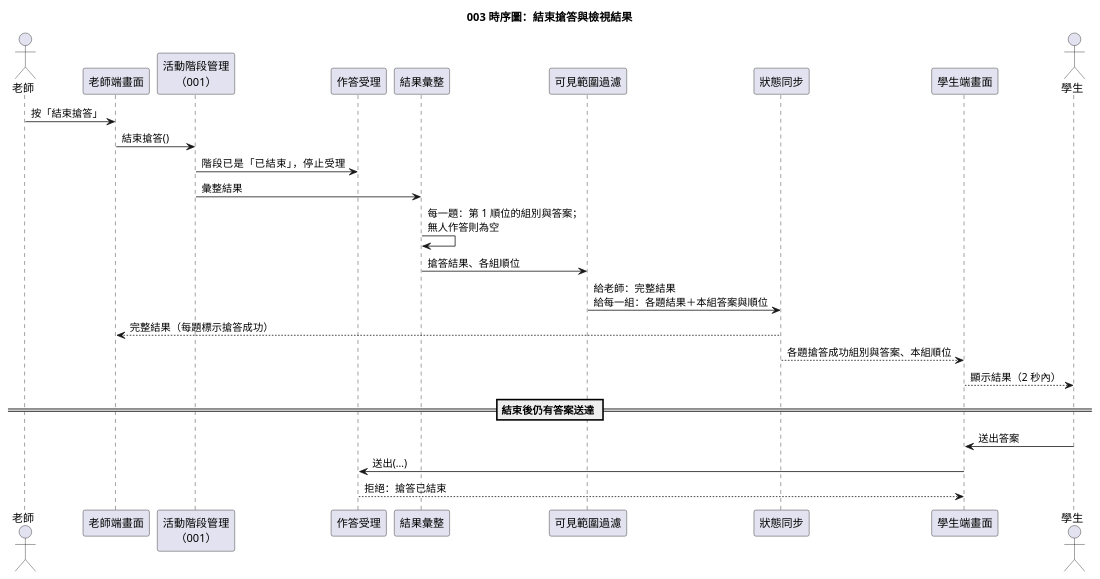
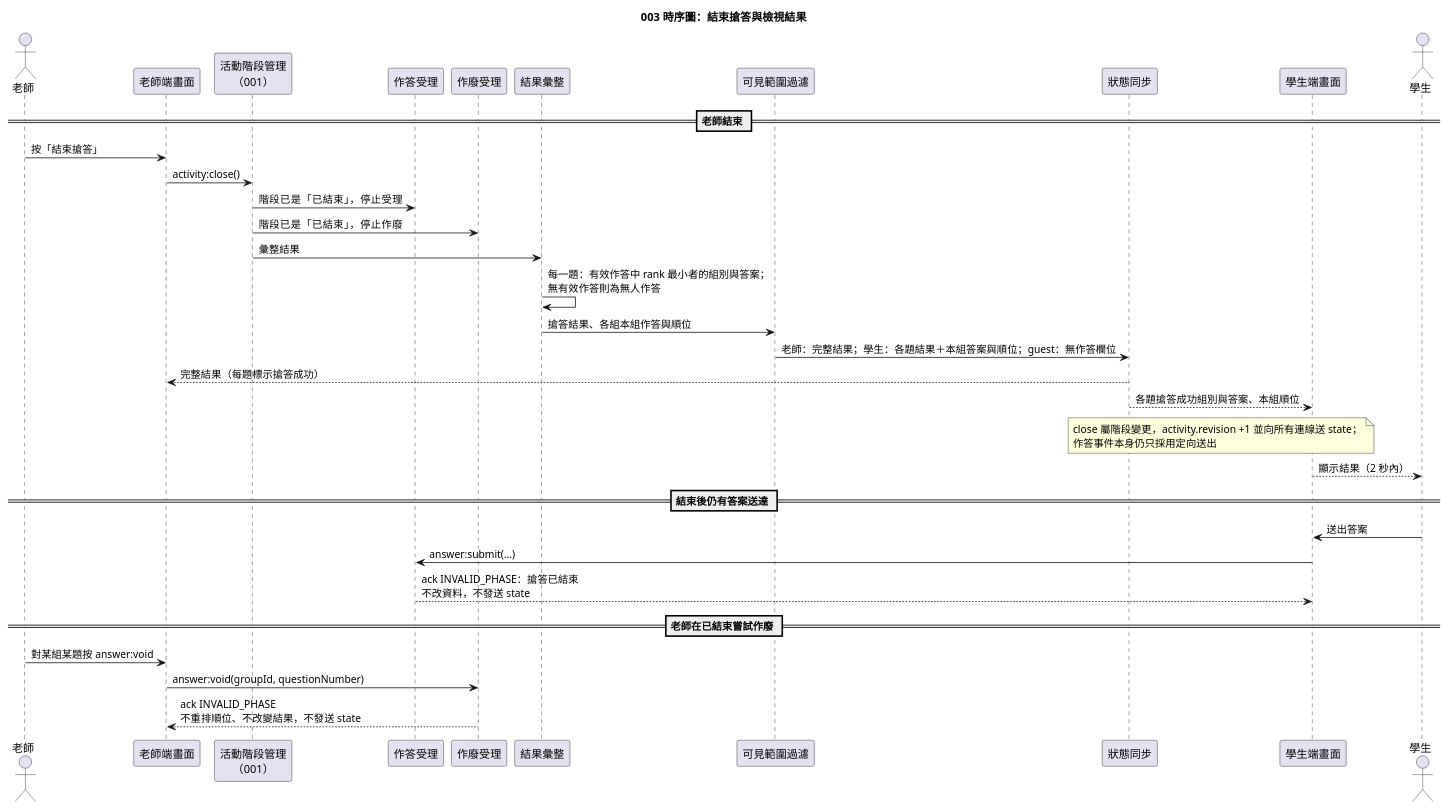
The diagram in diagrams/003-buzz-in-seq-results.puml (Danielweng0902/Answering-System_speckit), drawn with PlantUML before and after one commit. The commit also changed 15 other files, not shown here.

Commit message:
003 buzz-in：spec 與設計文件（作廢釐清更新、plan、tasks、contracts、data-model、quickstart、圖表與 playbook 更新）

```diff
--- a/diagrams/003-buzz-in-seq-results.puml
+++ b/diagrams/003-buzz-in-seq-results.puml
@@ -1,29 +1,44 @@
 @startuml
 title 003 時序圖：結束搶答與檢視結果
 
-actor 老師
+actor "老師" as Teacher
 participant "老師端畫面" as T
 participant "活動階段管理\n（001）" as P
 participant "作答受理" as I
+participant "作廢受理" as V
 participant "結果彙整" as RB
 participant "可見範圍過濾" as F
 participant "狀態同步" as B
 participant "學生端畫面" as U
-actor 學生
+actor "學生" as S
 
-老師 -> T : 按「結束搶答」
-T -> P : 結束搶答()
+== 老師結束 ==
+
+Teacher -> T : 按「結束搶答」
+T -> P : activity:close()
 P -> I : 階段已是「已結束」，停止受理
+P -> V : 階段已是「已結束」，停止作廢
 P -> RB : 彙整結果
-RB -> RB : 每一題：第 1 順位的組別與答案；\n無人作答則為空
-RB -> F : 搶答結果、各組順位
-F -> B : 給老師：完整結果\n給每一組：各題結果＋本組答案與順位
+RB -> RB : 每一題：有效作答中 rank 最小者的組別與答案；\n無有效作答則為無人作答
+RB -> F : 搶答結果、各組本組作答與順位
+F -> B : 老師：完整結果；學生：各題結果＋本組答案與順位；guest：無作答欄位
 B --> T : 完整結果（每題標示搶答成功）
 B --> U : 各題搶答成功組別與答案、本組順位
-U --> 學生 : 顯示結果（2 秒內）
+note over B,U
+  close 屬階段變更，activity.revision +1 並向所有連線送 state；
+  作答事件本身仍只採用定向送出
+end note
+U --> S : 顯示結果（2 秒內）
 
 == 結束後仍有答案送達 ==
-學生 -> U : 送出答案
-U -> I : 送出(...)
-I --> U : 拒絕：搶答已結束
+
+S -> U : 送出答案
+U -> I : answer:submit(...)
+I --> U : ack INVALID_PHASE：搶答已結束\n不改資料，不發送 state
+
+== 老師在已結束嘗試作廢 ==
+
+Teacher -> T : 對某組某題按 answer:void
+T -> V : answer:void(groupId, questionNumber)
+V --> T : ack INVALID_PHASE\n不重排順位、不改變結果，不發送 state
 @enduml
```
